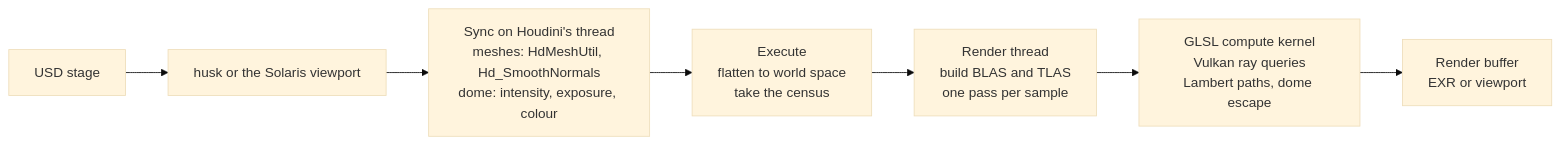
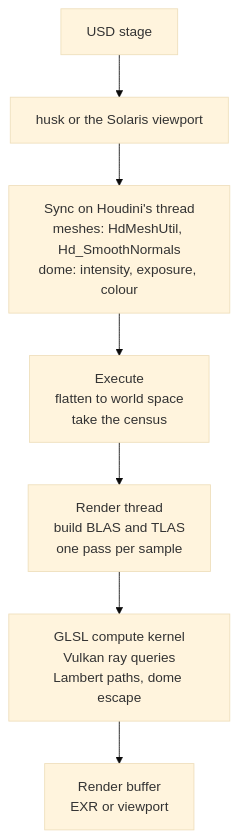
The second of 3 diagrams in README.md (JosephOIbrahim/Houdini_RT), drawn with Mermaid (base theme) before and after one commit.

Commit message:
README: stack the how-it-works diagram vertically so its labels stay readable

````diff
--- a/README.md
+++ b/README.md
@@ -54,9 +54,9 @@
 ```mermaid
-flowchart LR
+flowchart TD
   stage["USD stage"] --> host["husk or the Solaris viewport"]
   host --> sync["Sync on Houdini's thread<br/>meshes: HdMeshUtil, Hd_SmoothNormals<br/>dome: intensity, exposure, colour"]
   sync --> flat["Execute<br/>flatten to world space<br/>take the census"]
   flat --> rt["Render thread<br/>build BLAS and TLAS<br/>one pass per sample"]
   rt --> gpu["GLSL compute kernel<br/>Vulkan ray queries<br/>Lambert paths, dome escape"]
   gpu --> out["Render buffer<br/>EXR or viewport"]
 ```
````
